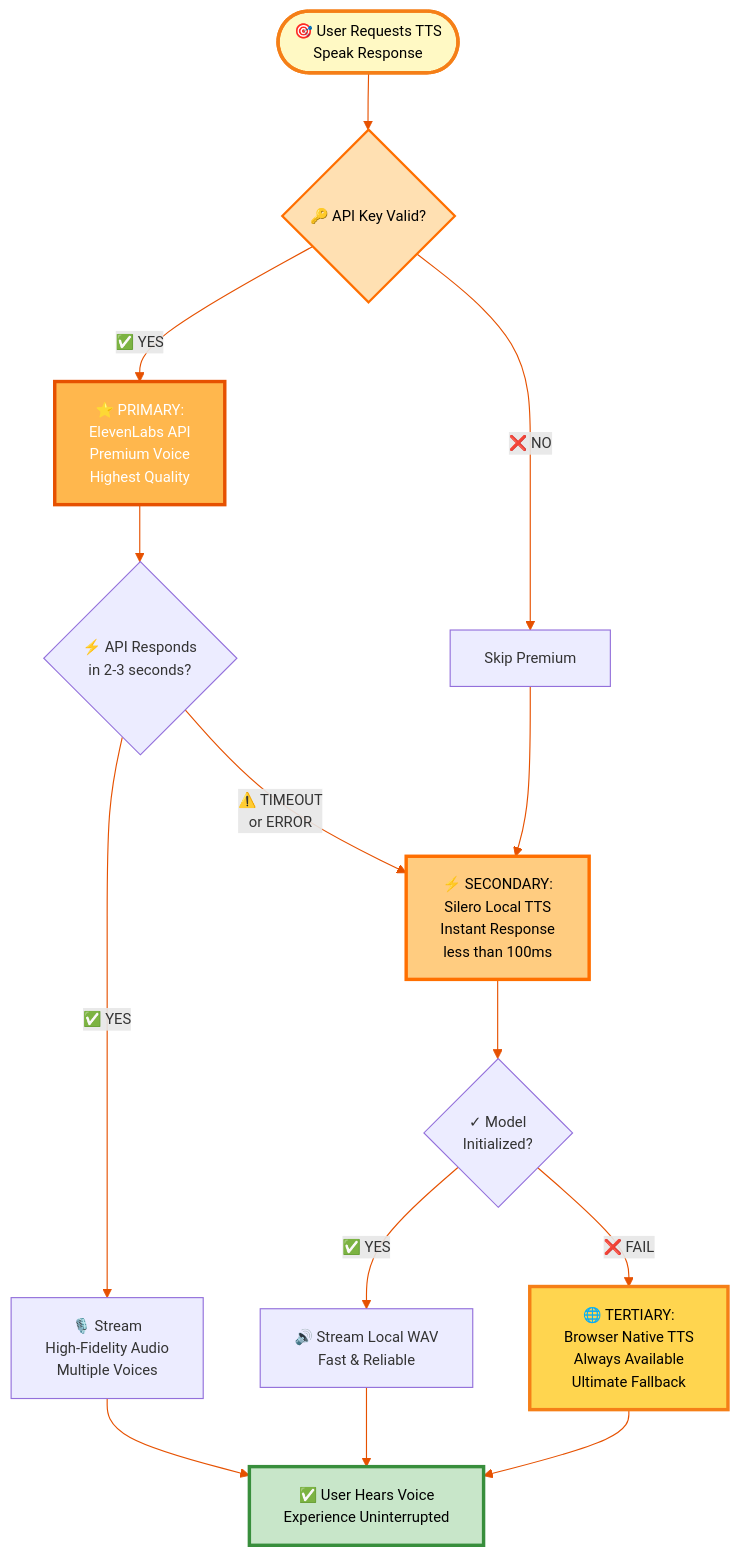
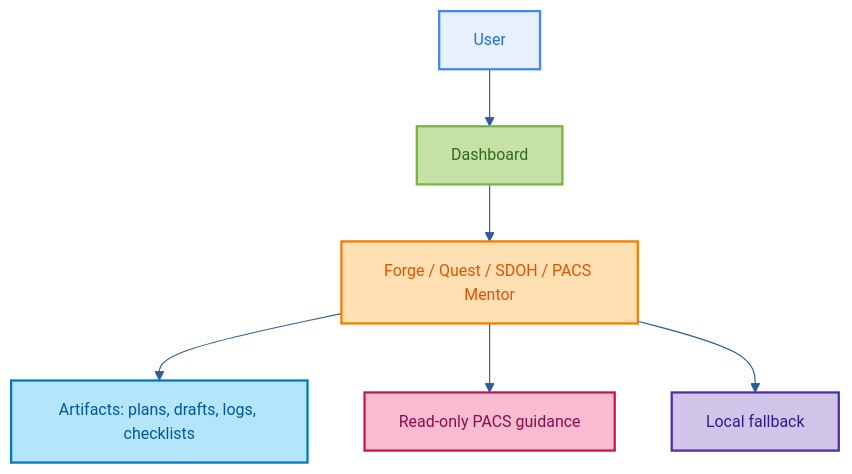
The diagram in README.md (Jobeer1/Ubuntu-Patient-Care), drawn with Mermaid before and after one commit. The commit also changed other lines of this file and 96 other files, not shown here.

````diff
--- a/README.md
+++ b/README.md
@@ -186,31 +153,16 @@
 ```mermaid
-%%{init: {'theme': 'default', 'themeVariables': { 'primaryColor': '#FF6F00', 'primaryBorderColor': '#E65100', 'primaryTextColor': '#fff', 'lineColor': '#E65100', 'fontSize': '13px'}}}%%
-flowchart TD
-    Start(["🎯 User Requests TTS<br/>Speak Response"]) 
-    
-    Start --> CheckAPI{🔑 API Key Valid?}
-    
-    CheckAPI -->|✅ YES| CallEleven["⭐ PRIMARY:<br/>ElevenLabs API<br/>Premium Voice<br/>Highest Quality"]
-    CheckAPI -->|❌ NO| SkipEleven["Skip Premium"]
-    
-    CallEleven --> ElevenSuccess{⚡ API Responds<br/>in 2-3 seconds?}
-    ElevenSuccess -->|✅ YES| StreamAudio["🎙️ Stream<br/>High-Fidelity Audio<br/>Multiple Voices"]
-    ElevenSuccess -->|⚠️ TIMEOUT<br/>or ERROR| LocalTTS
-    
-    SkipEleven --> LocalTTS["⚡ SECONDARY:<br/>Silero Local TTS<br/>Instant Response<br/>less than 100ms"]
-    
-    LocalTTS --> LocalSuccess{✓ Model<br/>Initialized?}
-    LocalSuccess -->|✅ YES| StreamWav["🔊 Stream Local WAV<br/>Fast & Reliable"]
-    LocalSuccess -->|❌ FAIL| BrowserTTS["🌐 TERTIARY:<br/>Browser Native TTS<br/>Always Available<br/>Ultimate Fallback"]
-    
-    StreamAudio --> Success["✅ User Hears Voice<br/>Experience Uninterrupted"]
-    StreamWav --> Success
-    BrowserTTS --> Success
-    
-    style Start fill:#FFF9C4,stroke:#F57F17,stroke-width:3px,color:#000
-    style CheckAPI fill:#FFE0B2,stroke:#FF6F00,stroke-width:2px,color:#000
-    style CallEleven fill:#FFB74D,stroke:#E65100,stroke-width:3px,color:#fff
-    style LocalTTS fill:#FFCC80,stroke:#FF6F00,stroke-width:3px,color:#000
-    style BrowserTTS fill:#FFD54F,stroke:#F57F17,stroke-width:3px,color:#000
-    style Success fill:#C8E6C9,stroke:#388E3C,stroke-width:3px,color:#000
+%%{init: {'theme': 'default', 'themeVariables': { 'primaryColor': '#4285F4', 'primaryBorderColor': '#2C5AA0', 'primaryTextColor': '#fff', 'lineColor': '#2C5AA0', 'fontSize': '14px', 'fontFamily': 'arial'}}}%%
+graph TD
+    User["User"] --> UI["Dashboard"]
+    UI --> Agent["Forge / Quest / SDOH / PACS Mentor"]
+    Agent --> Outputs["Artifacts: plans, drafts, logs, checklists"]
+    Agent --> Safety["Read-only PACS guidance"]
+    Agent --> Fallback["Local fallback"]
+
+    style User fill:#E8F0FE,stroke:#4285F4,stroke-width:2px,color:#1a73e8
+    style UI fill:#C5E1A5,stroke:#7CB342,stroke-width:2px,color:#33691E
+    style Agent fill:#FFE0B2,stroke:#F57C00,stroke-width:2px,color:#E65100
+    style Outputs fill:#B3E5FC,stroke:#0277BD,stroke-width:2px,color:#01579B
+    style Safety fill:#F8BBD0,stroke:#C2185B,stroke-width:2px,color:#880E4F
+    style Fallback fill:#D1C4E9,stroke:#512DA8,stroke-width:2px,color:#311B92
 ```
````
